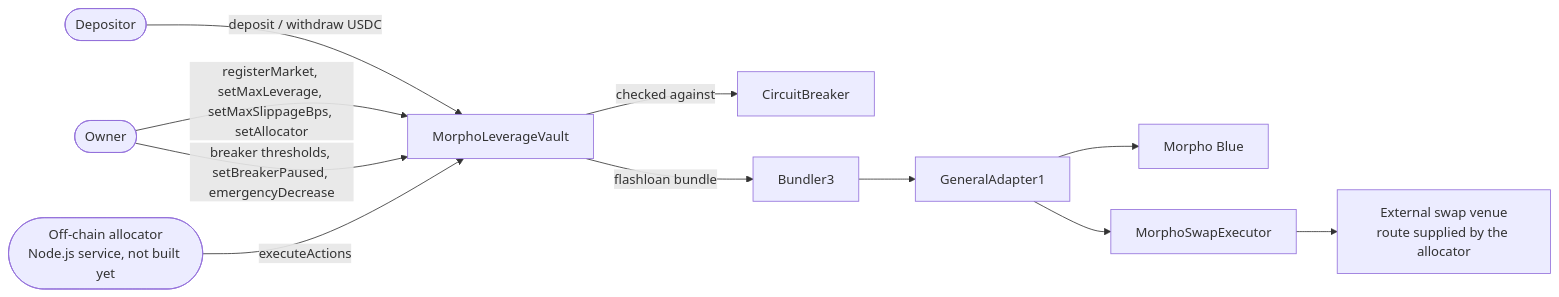
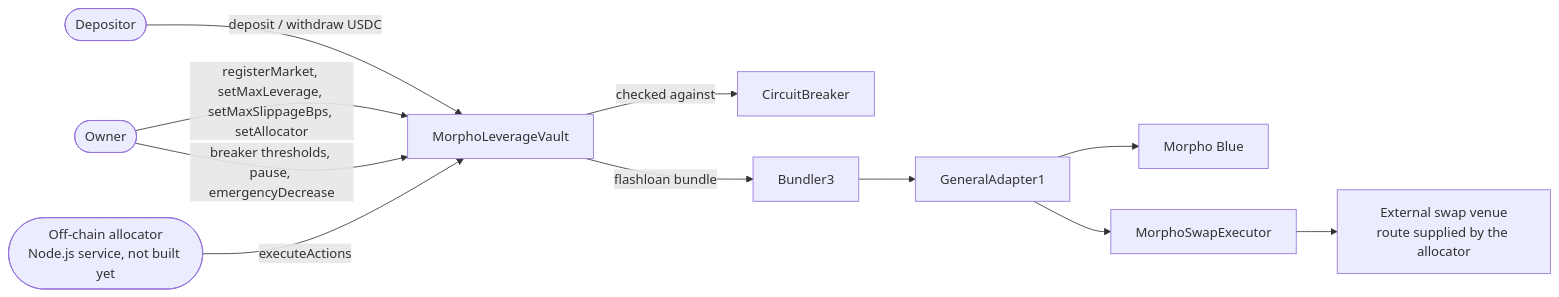
Before and after one commit to pieakshat/Morpho-Controller: the second of 5 diagrams in README.md, drawn with Mermaid. The commit also changed other lines of this file and 6 other files, not shown here.

````diff
--- a/README.md
+++ b/README.md
@@ -47,13 +47,13 @@
 ```mermaid
 flowchart LR
     Depositor(["Depositor"]) -->|deposit / withdraw USDC| Vault["MorphoLeverageVault"]
     Owner(["Owner"]) -->|registerMarket, setMaxLeverage, setMaxSlippageBps, setAllocator| Vault
-    Owner -->|breaker thresholds, setBreakerPaused, emergencyDecrease| Vault
+    Owner -->|breaker thresholds, pause, emergencyDecrease| Vault
     Allocator(["Off-chain allocator<br/>Node.js service, not built yet"]) -->|executeActions| Vault
     Vault -->|checked against| Breaker["CircuitBreaker"]
     Vault -->|flashloan bundle| Bundler3["Bundler3"]
     Bundler3 --> GeneralAdapter1
     GeneralAdapter1 --> MorphoBlue["Morpho Blue"]
     GeneralAdapter1 --> SwapExecutor["MorphoSwapExecutor"]
     SwapExecutor --> SwapVenue["External swap venue<br/>route supplied by the allocator"]
 ```
````
